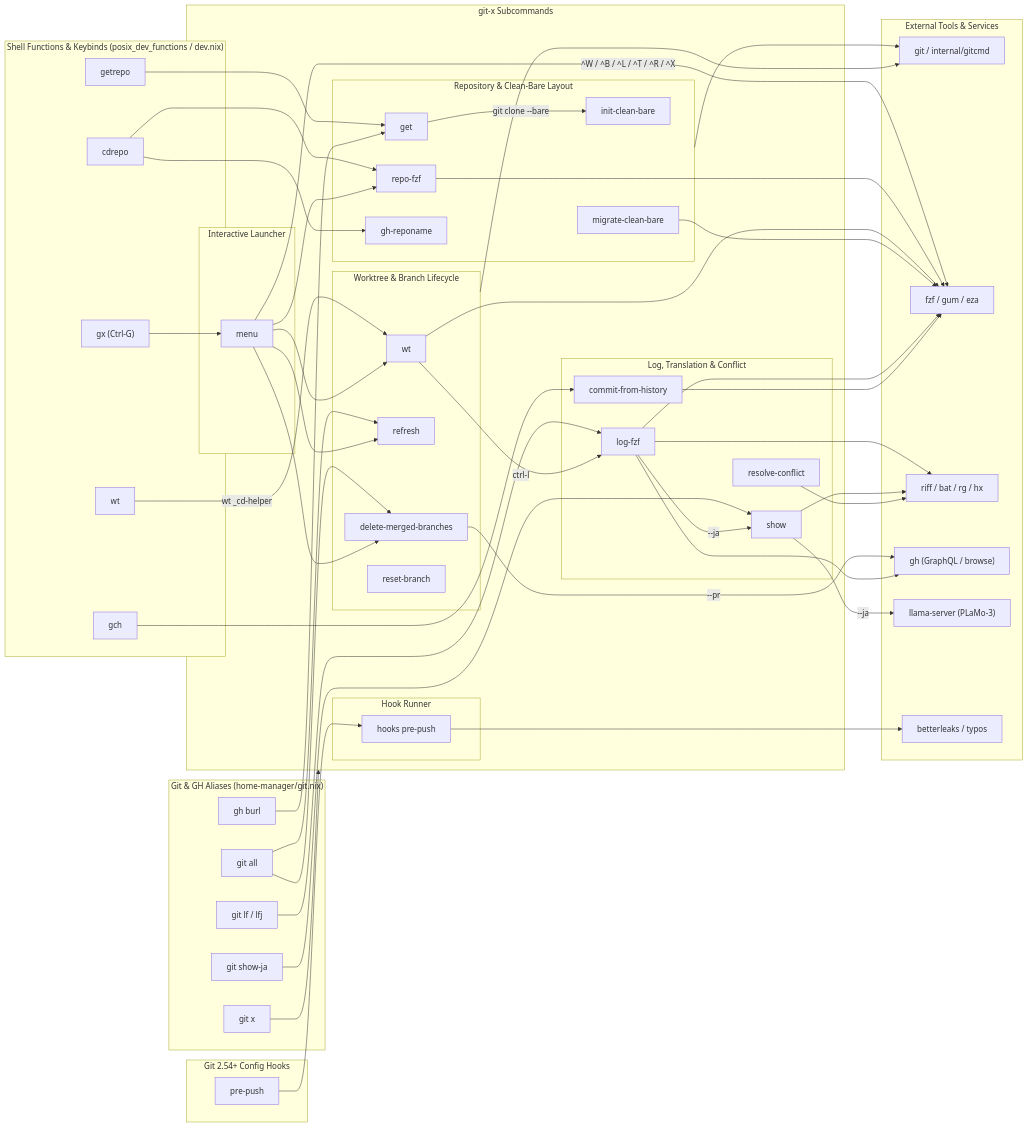
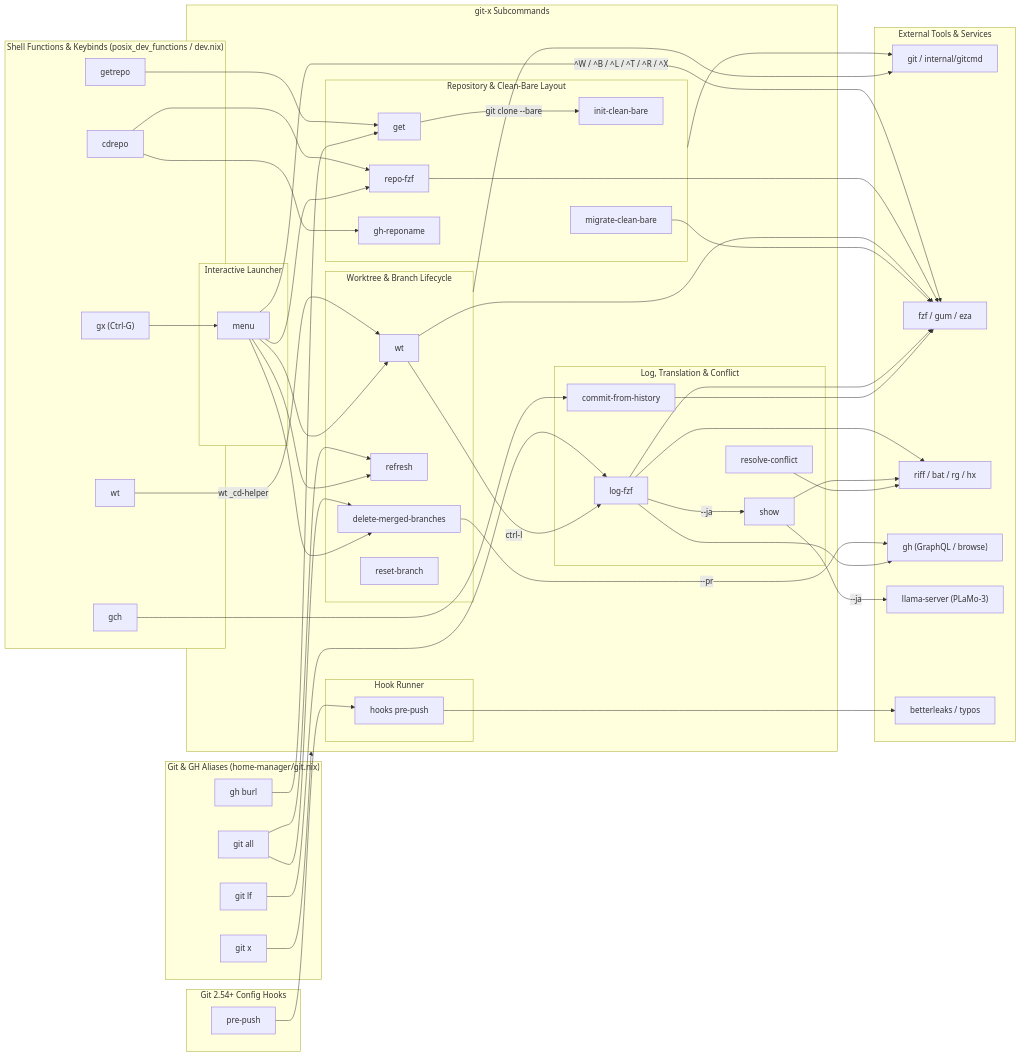
Before and after one commit to kachick/dotfiles: the first of 3 diagrams in pkgs/by-name/gi/git-x/README.md, drawn with Mermaid. The commit also changed other lines of this file and 5 other files, not shown here.

```diff
--- a/pkgs/by-name/gi/git-x/README.md
+++ b/pkgs/by-name/gi/git-x/README.md
@@ -17,8 +17,7 @@
     subgraph Aliases ["Git & GH Aliases (home-manager/git.nix)"]
         git_x["git x <subcommand>"]
         git_all["git all"]
-        git_lf["git lf / lfj"]
-        git_show_ja["git show-ja"]
+        git_lf["git lf"]
         gh_burl["gh burl"]
     end
 
@@ -79,7 +78,6 @@
     git_all --> cmd_refresh
     git_all --> cmd_dmb
     git_lf --> cmd_logfzf
-    git_show_ja --> cmd_show
     pre_push --> cmd_hooks
 
     cmd_menu -->|"^W / ^B / ^L / ^T / ^R / ^X"| ext_tui
```
